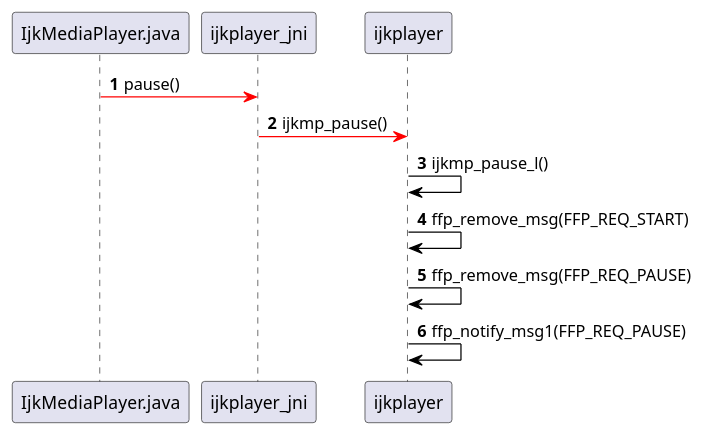
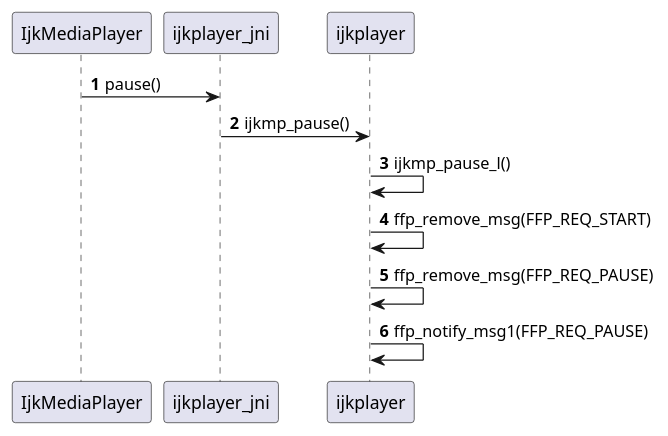
One commit to biezhihua/SMusic changed the diagram in doc/IjkPlayer/Sequence/ijkplayer_jni-pause.puml. Above: the diagram before and after it, drawn with PlantUML. The commit also changed 16 other files, not shown here.

```diff
--- a/doc/IjkPlayer/Sequence/ijkplayer_jni-pause.puml
+++ b/doc/IjkPlayer/Sequence/ijkplayer_jni-pause.puml
@@ -1,16 +1,16 @@
 @startuml
 autonumber
 
-IjkMediaPlayer.java [#FF0000]-> ijkplayer_jni:pause()
+IjkMediaPlayer -> ijkplayer_jni:pause()
 
-ijkplayer_jni [#FF0000]-> ijkplayer:ijkmp_pause()
+ijkplayer_jni -> ijkplayer:ijkmp_pause()
 
-ijkplayer [#000000]-> ijkplayer:ijkmp_pause_l()
+ijkplayer -> ijkplayer:ijkmp_pause_l()
 
-ijkplayer [#000000]-> ijkplayer:ffp_remove_msg(FFP_REQ_START)
+ijkplayer -> ijkplayer:ffp_remove_msg(FFP_REQ_START)
 
-ijkplayer [#000000]-> ijkplayer:ffp_remove_msg(FFP_REQ_PAUSE)
+ijkplayer -> ijkplayer:ffp_remove_msg(FFP_REQ_PAUSE)
 
-ijkplayer [#000000]-> ijkplayer:ffp_notify_msg1(FFP_REQ_PAUSE)
+ijkplayer -> ijkplayer:ffp_notify_msg1(FFP_REQ_PAUSE)
 
 @enduml
```
